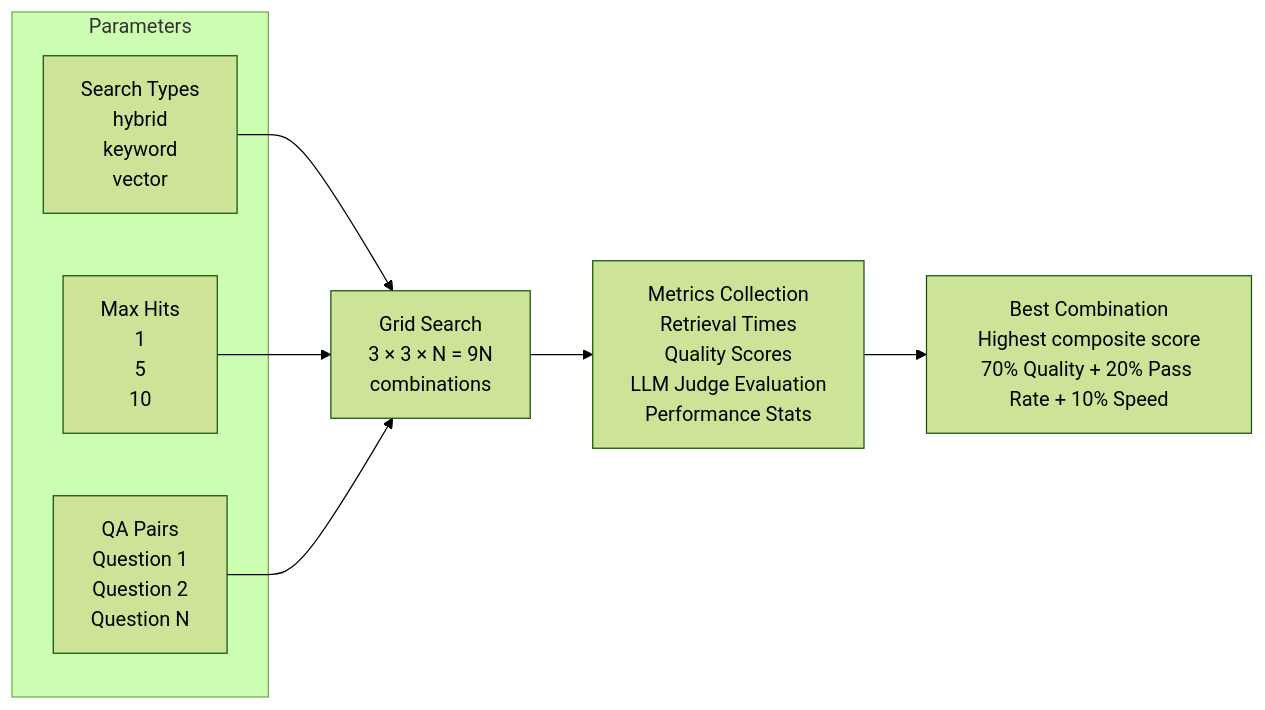
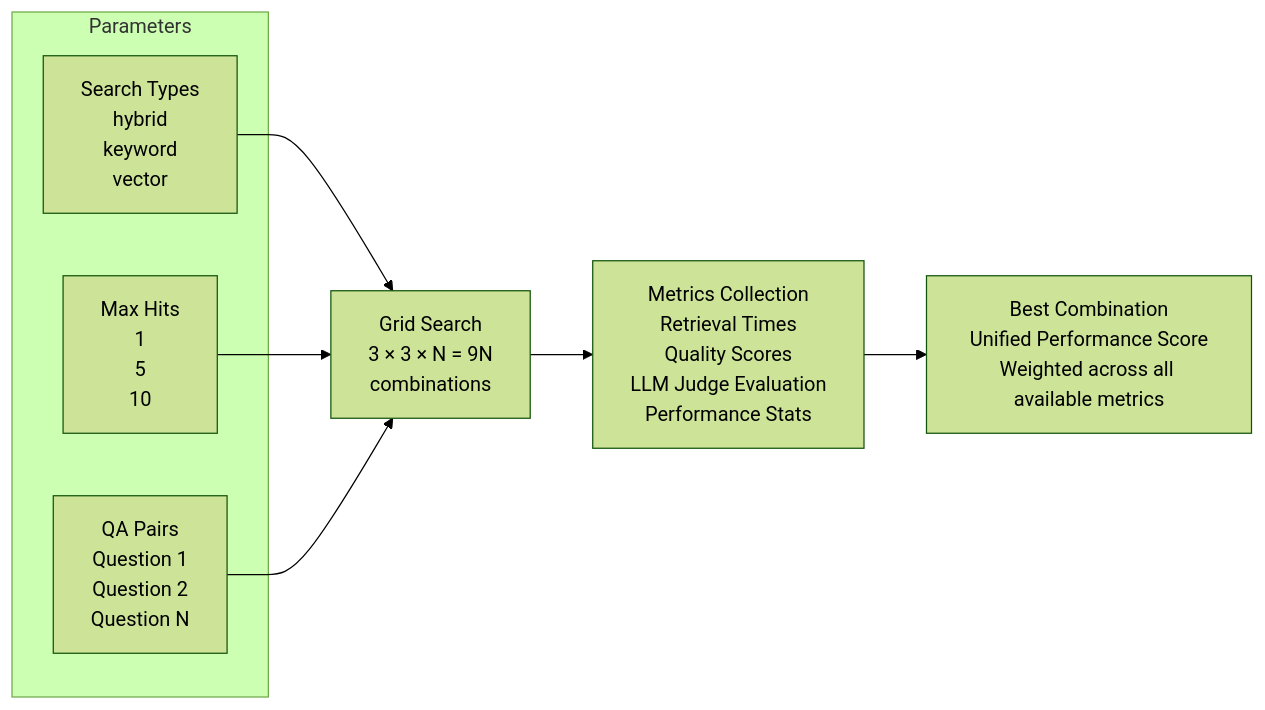
One commit to eggai-tech/EggAI changed the diagram in examples/multi_agent_human_chat/docs/retrieval-performance-testing.md. Above: the diagram before and after it, drawn with Mermaid (forest theme). The commit also changed other lines of this file and 7 other files, not shown here.

Commit message:
chore: enhance retrieval performance testing with unified performance calculator and configurable metrics

````diff
--- a/examples/multi_agent_human_chat/docs/retrieval-performance-testing.md
+++ b/examples/multi_agent_human_chat/docs/retrieval-performance-testing.md
@@ -11,16 +17,16 @@
 ```mermaid
 flowchart LR
     subgraph "Parameters"
         P1[Search Types<br/>hybrid<br/>keyword<br/>vector]
         P2[Max Hits<br/>1<br/>5<br/>10]
         P3[QA Pairs<br/>Question 1<br/>Question 2<br/>Question N]
     end
     
     P1 --> Grid[Grid Search<br/>3 × 3 × N = 9N<br/>combinations]
     P2 --> Grid
     P3 --> Grid
     
     Grid --> Metrics[Metrics Collection<br/>Retrieval Times<br/>Quality Scores<br/>LLM Judge Evaluation<br/>Performance Stats]
     
-    Metrics --> Best[Best Combination<br/>Highest composite score<br/>70% Quality + 20% Pass Rate + 10% Speed]
+    Metrics --> Best[Best Combination<br/>Unified Performance Score<br/>Weighted across all available metrics]
 ```
````
